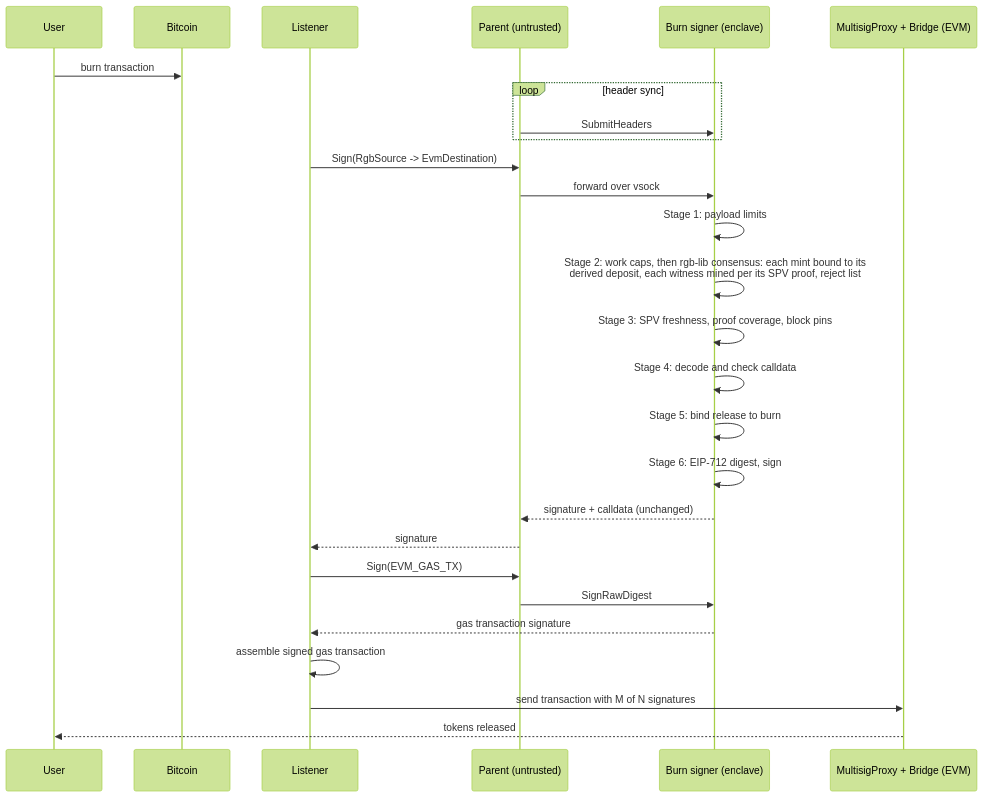
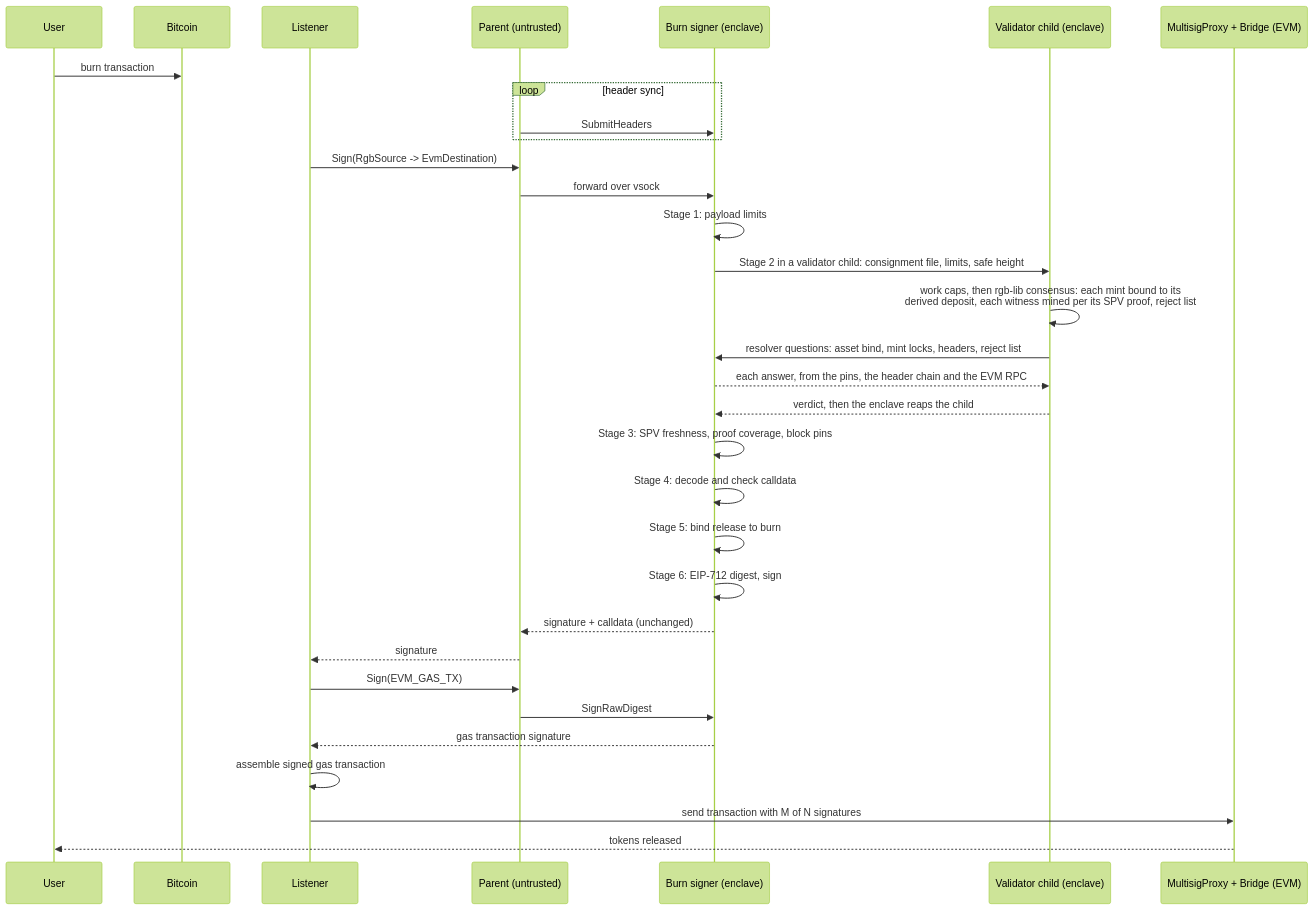
Before and after one commit to UTEXO-Protocol/enclave-signer: the diagram in docs/burn-flow.md, drawn with Mermaid (forest theme). The commit also changed other lines of this file and 15 other files, not shown here.

````diff
--- a/docs/burn-flow.md
+++ b/docs/burn-flow.md
@@ -60,30 +61,35 @@
 ```mermaid
 sequenceDiagram
     participant U as User
     participant BT as Bitcoin
     participant L as Listener
     participant P as Parent (untrusted)
     participant E as Burn signer (enclave)
+    participant V as Validator child (enclave)
     participant C as MultisigProxy + Bridge (EVM)
 
     U->>BT: burn transaction
     loop header sync
         P->>E: SubmitHeaders
     end
     L->>P: Sign(RgbSource -> EvmDestination)
     P->>E: forward over vsock
     E->>E: Stage 1: payload limits
-    E->>E: Stage 2: work caps, then rgb-lib consensus: each mint bound to its<br/>derived deposit, each witness mined per its SPV proof, reject list
+    E->>V: Stage 2 in a validator child: consignment file, limits, safe height
+    V->>V: work caps, then rgb-lib consensus: each mint bound to its<br/>derived deposit, each witness mined per its SPV proof, reject list
+    V->>E: resolver questions: asset bind, mint locks, headers, reject list
+    E-->>V: each answer, from the pins, the header chain and the EVM RPC
+    V-->>E: verdict, then the enclave reaps the child
     E->>E: Stage 3: SPV freshness, proof coverage, block pins
     E->>E: Stage 4: decode and check calldata
     E->>E: Stage 5: bind release to burn
     E->>E: Stage 6: EIP-712 digest, sign
     E-->>P: signature + calldata (unchanged)
     P-->>L: signature
     L->>P: Sign(EVM_GAS_TX)
     P->>E: SignRawDigest
     E-->>L: gas transaction signature
     L->>L: assemble signed gas transaction
     L->>C: send transaction with M of N signatures
     C-->>U: tokens released
 ```
````
